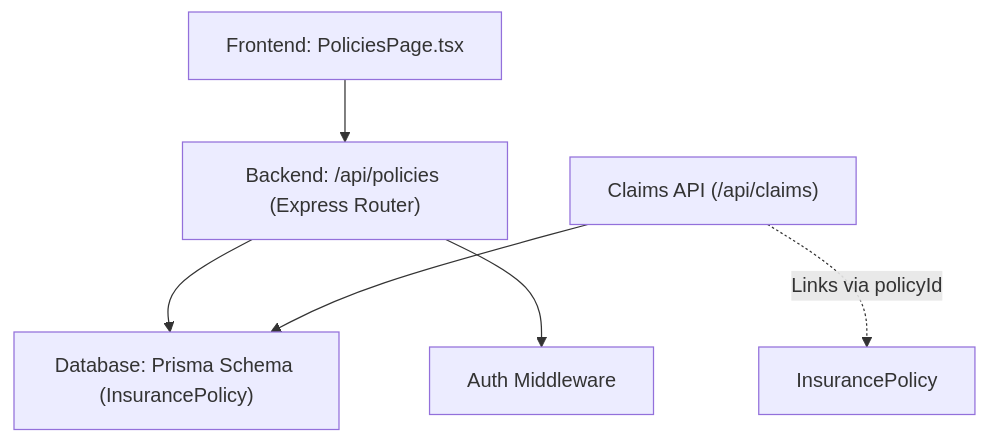
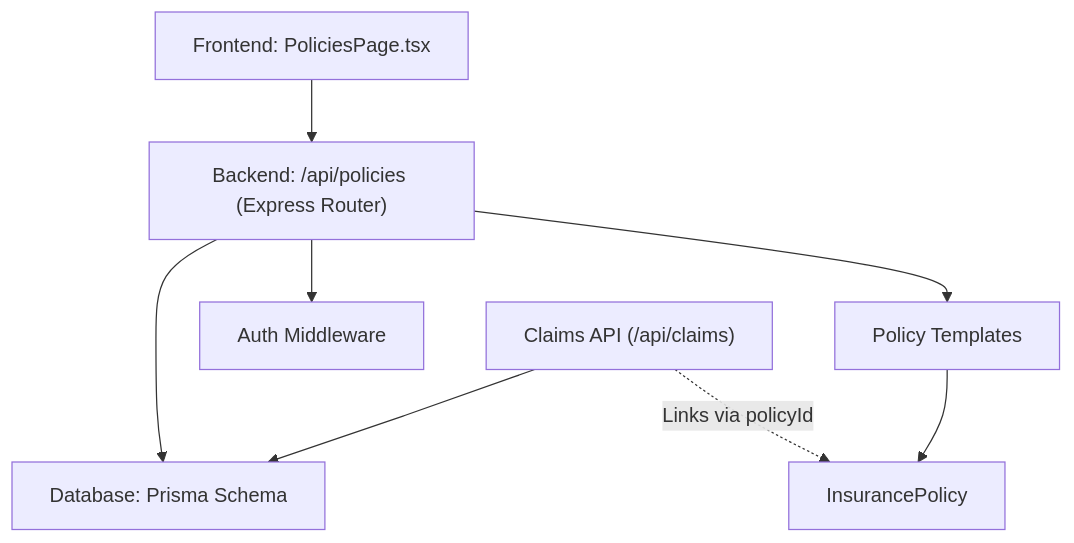
One commit to NaveenHiranya/Smart-Vehicle-Insurance-Claim-System changed the first of 5 diagrams in .qoder/repowiki/en/content/API Reference/Policies API.md. Above: the diagram before and after it, drawn with Mermaid. The commit also changed other lines of this file and 38 other files, not shown here.

````diff
--- a/.qoder/repowiki/en/content/API Reference/Policies API.md
+++ b/.qoder/repowiki/en/content/API Reference/Policies API.md
@@ -31,8 +41,10 @@
 ```mermaid
 graph TB
 FE["Frontend: PoliciesPage.tsx"] --> API["Backend: /api/policies (Express Router)"]
-API --> DB["Database: Prisma Schema (InsurancePolicy)"]
+API --> DB["Database: Prisma Schema"]
 API --> AUTH["Auth Middleware"]
+API --> TEMPLATES["Policy Templates"]
+TEMPLATES --> POLICY["InsurancePolicy"]
 CLAIMS["Claims API (/api/claims)"] --> DB
-CLAIMS -.->|Links via policyId| POLICY["InsurancePolicy"]
+CLAIMS -.->|Links via policyId| POLICY
 ```
````
